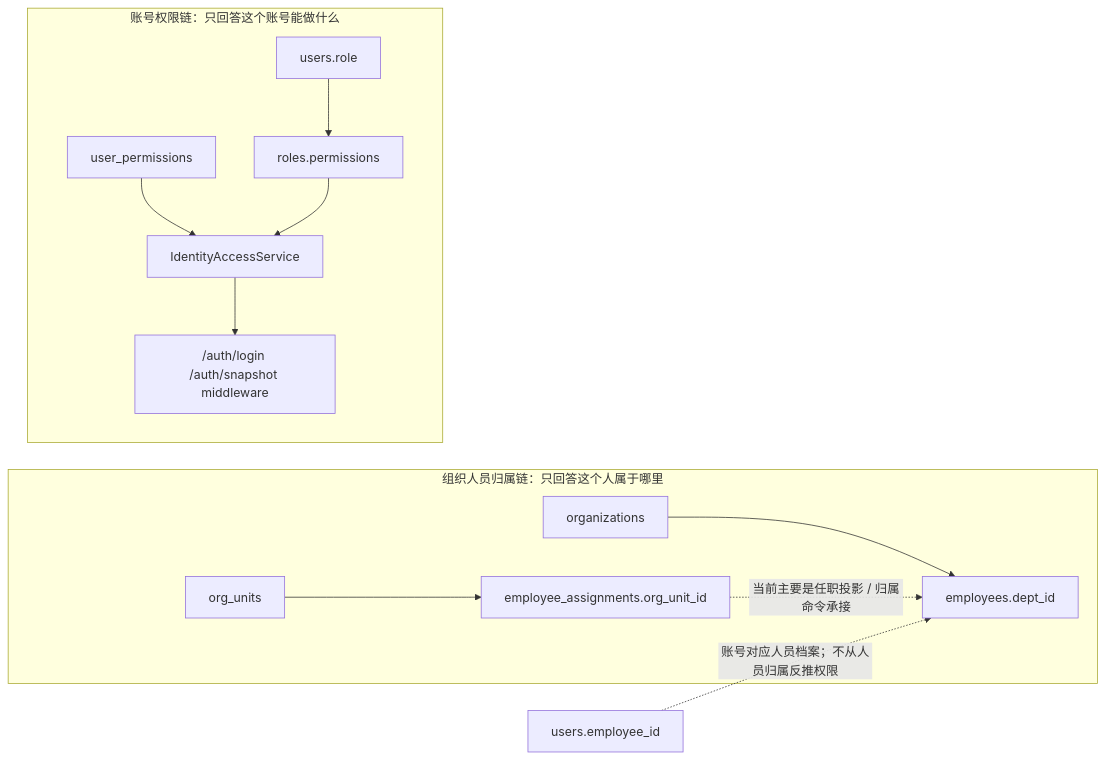
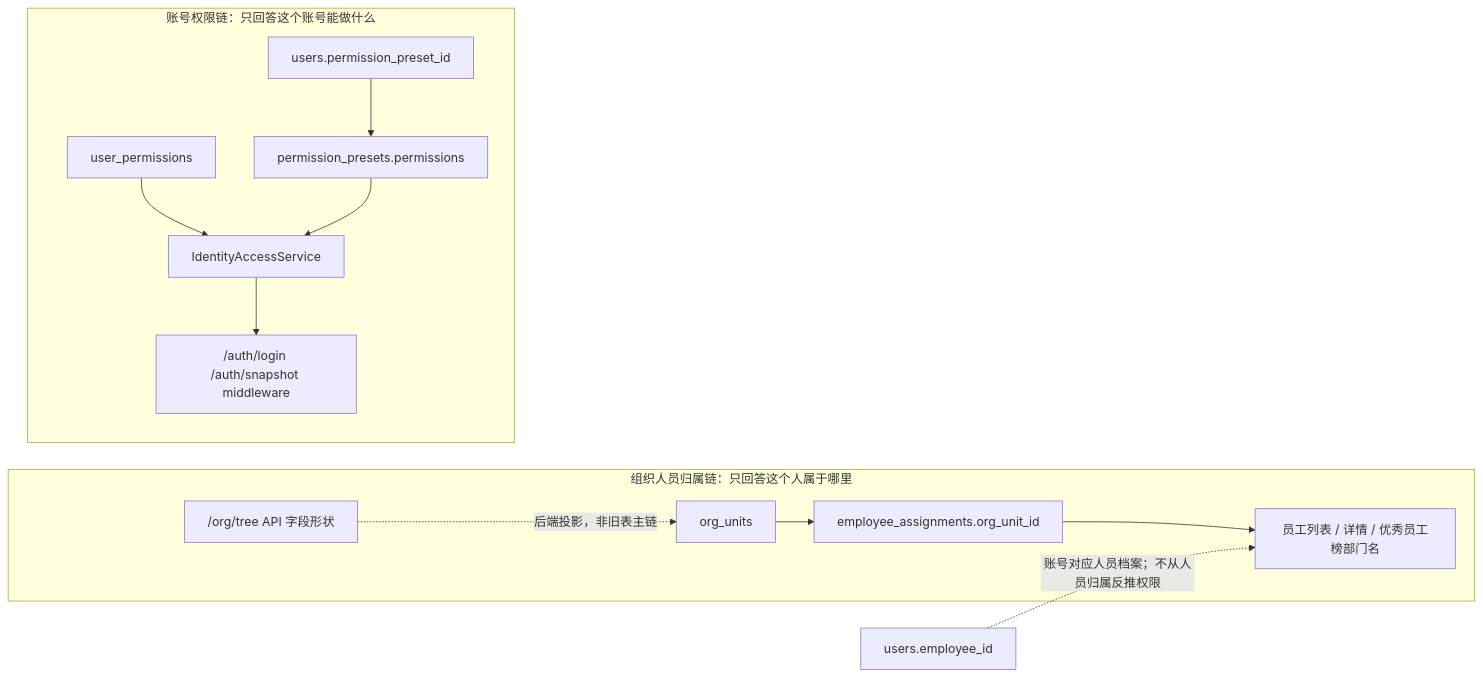
One commit to tanzanite2025/erp-mes-crm-plm changed the diagram in docs/architecture/组织人员归属-账号权限边界与文件职责计划.md. Above: the diagram before and after it, drawn with Mermaid. The commit also changed other lines of this file and 160 other files, not shown here.

````diff
--- a/docs/architecture/组织人员归属-账号权限边界与文件职责计划.md
+++ b/docs/architecture/组织人员归属-账号权限边界与文件职责计划.md
@@ -19,17 +19,17 @@
 ```mermaid
 flowchart LR
     subgraph A["组织人员归属链：只回答这个人属于哪里"]
-        A1["organizations"] --> A2["employees.dept_id"]
-        A3["org_units"] --> A4["employee_assignments.org_unit_id"]
-        A4 -. "当前主要是任职投影 / 归属命令承接" .-> A2
+        A1["org_units"] --> A2["employee_assignments.org_unit_id"]
+        A2 --> A3["员工列表 / 详情 / 优秀员工榜部门名"]
+        A4["/org/tree API 字段形状"] -. "后端投影，非旧表主链" .-> A1
     end
 
     subgraph B["账号权限链：只回答这个账号能做什么"]
-        B1["users.role"] --> B2["roles.permissions"]
+        B1["users.permission_preset_id"] --> B2["permission_presets.permissions"]
         B3["user_permissions"] --> B4["IdentityAccessService"]
         B2 --> B4
         B4 --> B5["/auth/login /auth/snapshot middleware"]
     end
 
-    C["users.employee_id"] -. "账号对应人员档案；不从人员归属反推权限" .-> A2
+    C["users.employee_id"] -. "账号对应人员档案；不从人员归属反推权限" .-> A3
 ```
````
